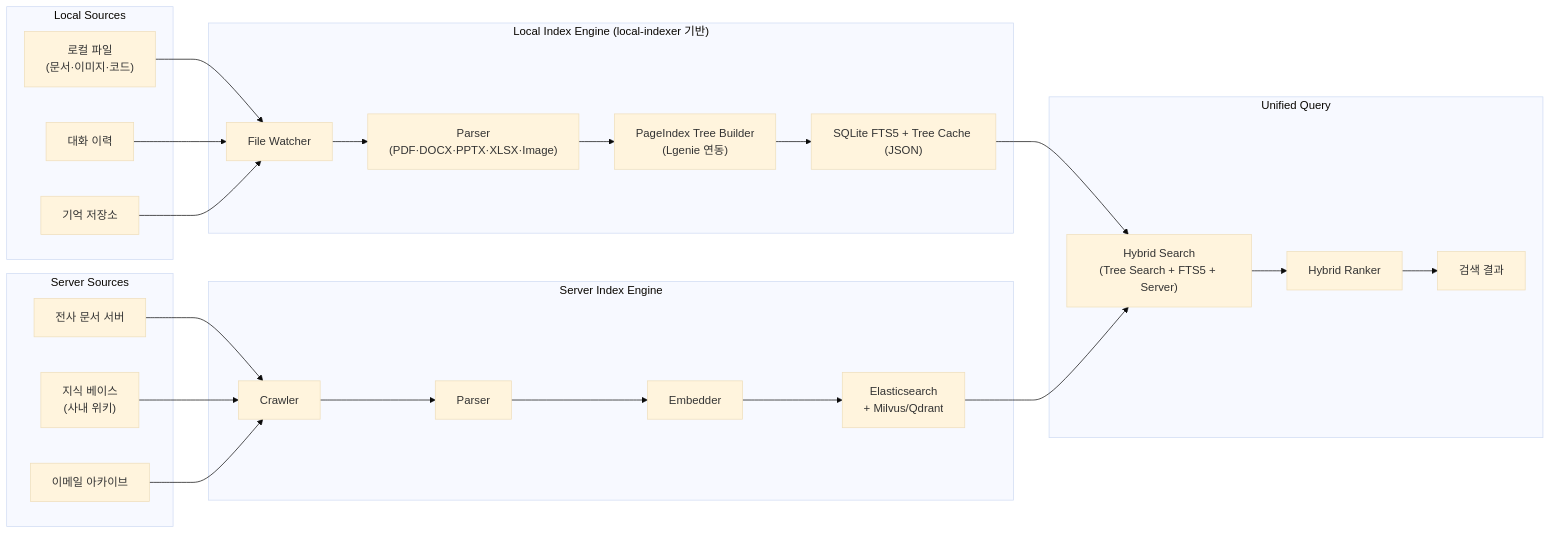
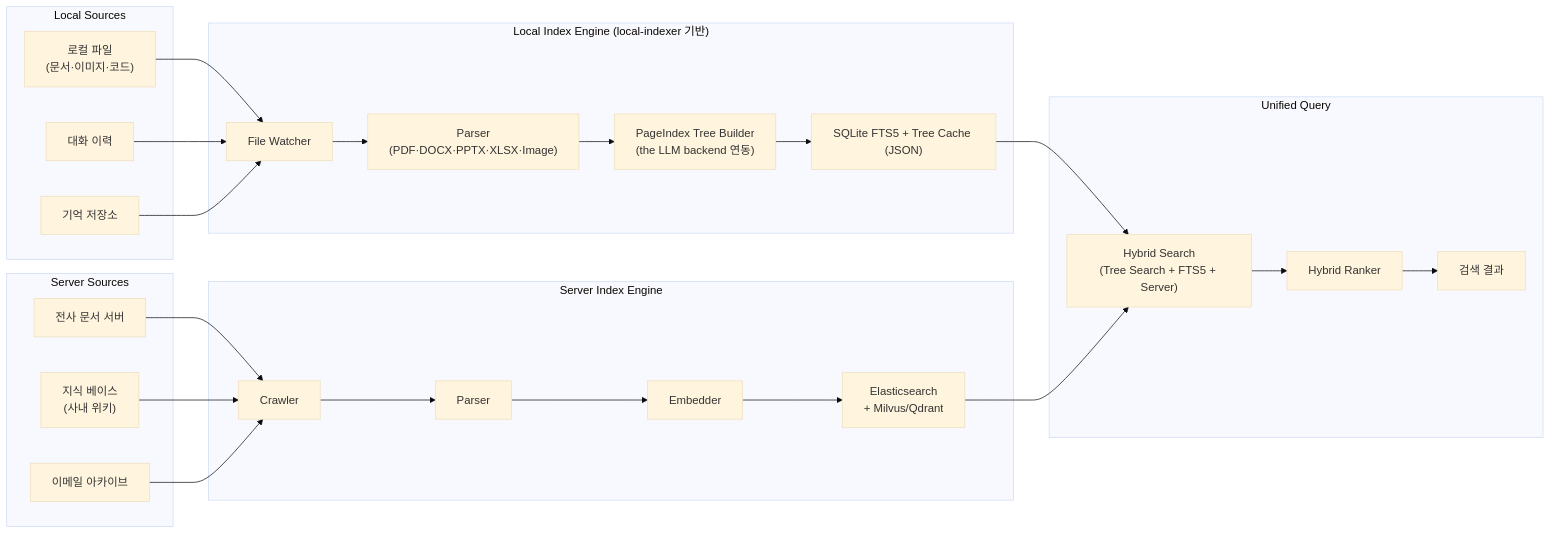
One commit to lvis-project/lvis-app changed diagram 41 of 44 in docs/architecture/architecture.md. Above: the diagram before and after it, drawn with Mermaid (base theme). The commit also changed other lines of this file and 86 other files, not shown here.

````diff
--- a/docs/architecture/architecture.md
+++ b/docs/architecture/architecture.md
@@ -3551,48 +3551,48 @@
 ```mermaid
 flowchart LR
     subgraph "Local Sources"
         L1["로컬 파일<br/>(문서·이미지·코드)"]
         L2["대화 이력"]
         L3["기억 저장소"]
     end
 
     subgraph "Server Sources"
         S1["전사 문서 서버"]
         S2["지식 베이스<br/>(사내 위키)"]
         S3["이메일 아카이브"]
     end
 
     subgraph "Local Index Engine (local-indexer 기반)"
         L_WATCH["File Watcher"]
         L_PARSE["Parser<br/>(PDF·DOCX·PPTX·XLSX·Image)"]
-        L_TREE["PageIndex Tree Builder<br/>(Lgenie 연동)"]
+        L_TREE["PageIndex Tree Builder<br/>(the LLM backend 연동)"]
         L_STORE["SQLite FTS5 + Tree Cache (JSON)"]
     end
 
     subgraph "Server Index Engine"
         S_CRAWL["Crawler"]
         S_PARSE["Parser"]
         S_EMBED["Embedder"]
         S_STORE["Elasticsearch<br/>+ Milvus/Qdrant"]
     end
 
     subgraph "Unified Query"
         HYBRID["Hybrid Search<br/>(Tree Search + FTS5 + Server)"]
         RANKER["Hybrid Ranker"]
         RESULT["검색 결과"]
     end
 
     L1 --> L_WATCH
     L2 --> L_WATCH
     L3 --> L_WATCH
     L_WATCH --> L_PARSE --> L_TREE --> L_STORE
 
     S1 --> S_CRAWL
     S2 --> S_CRAWL
     S3 --> S_CRAWL
     S_CRAWL --> S_PARSE --> S_EMBED --> S_STORE
 
     L_STORE --> HYBRID
     S_STORE --> HYBRID
     HYBRID --> RANKER --> RESULT
 ```
````
